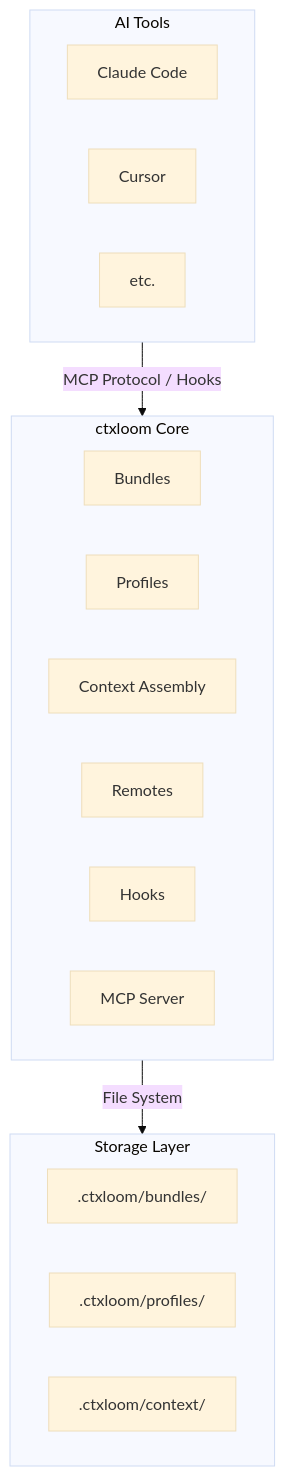
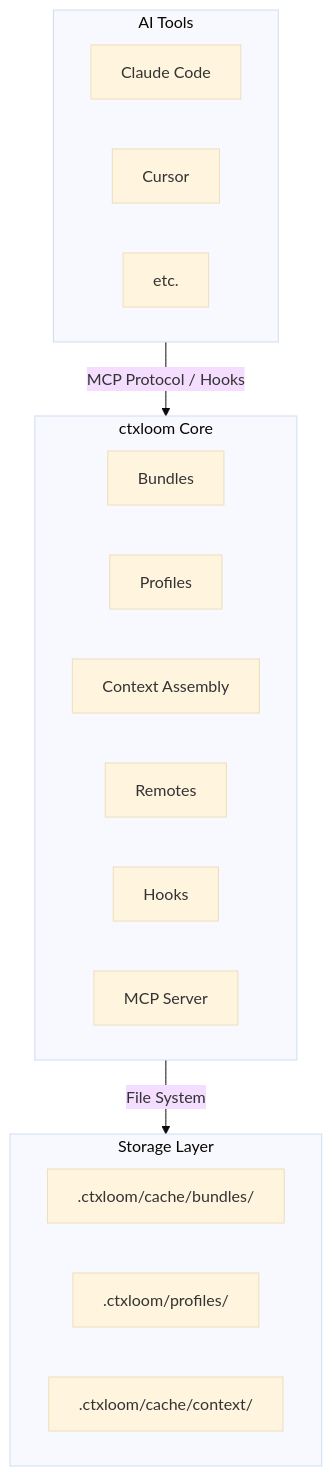
One commit to ctxloom/ctxloom changed the first of 4 diagrams in website/src/content/docs/concepts/architecture.md. Above: the diagram before and after it, drawn with Mermaid (base theme). The commit also changed other lines of this file and 282 other files, not shown here.

````diff
--- a/website/src/content/docs/concepts/architecture.md
+++ b/website/src/content/docs/concepts/architecture.md
@@ -11,30 +11,30 @@
 ```mermaid
 flowchart TB
     subgraph AI["AI Tools"]
         direction LR
         claude["Claude Code"]
         cursor["Cursor"]
         etc["etc."]
     end
 
     AI -->|"MCP Protocol / Hooks"| Core
 
     subgraph Core["ctxloom Core"]
         direction LR
         bundles["Bundles"]
         profiles["Profiles"]
         assembly["Context Assembly"]
         remotes["Remotes"]
         hooks["Hooks"]
         mcp["MCP Server"]
     end
 
     Core -->|"File System"| Storage
 
     subgraph Storage["Storage Layer"]
         direction LR
-        sbundles[".ctxloom/bundles/"]
+        sbundles[".ctxloom/cache/bundles/"]
         sprofiles[".ctxloom/profiles/"]
-        scontext[".ctxloom/context/"]
+        scontext[".ctxloom/cache/context/"]
     end
 ```
````
